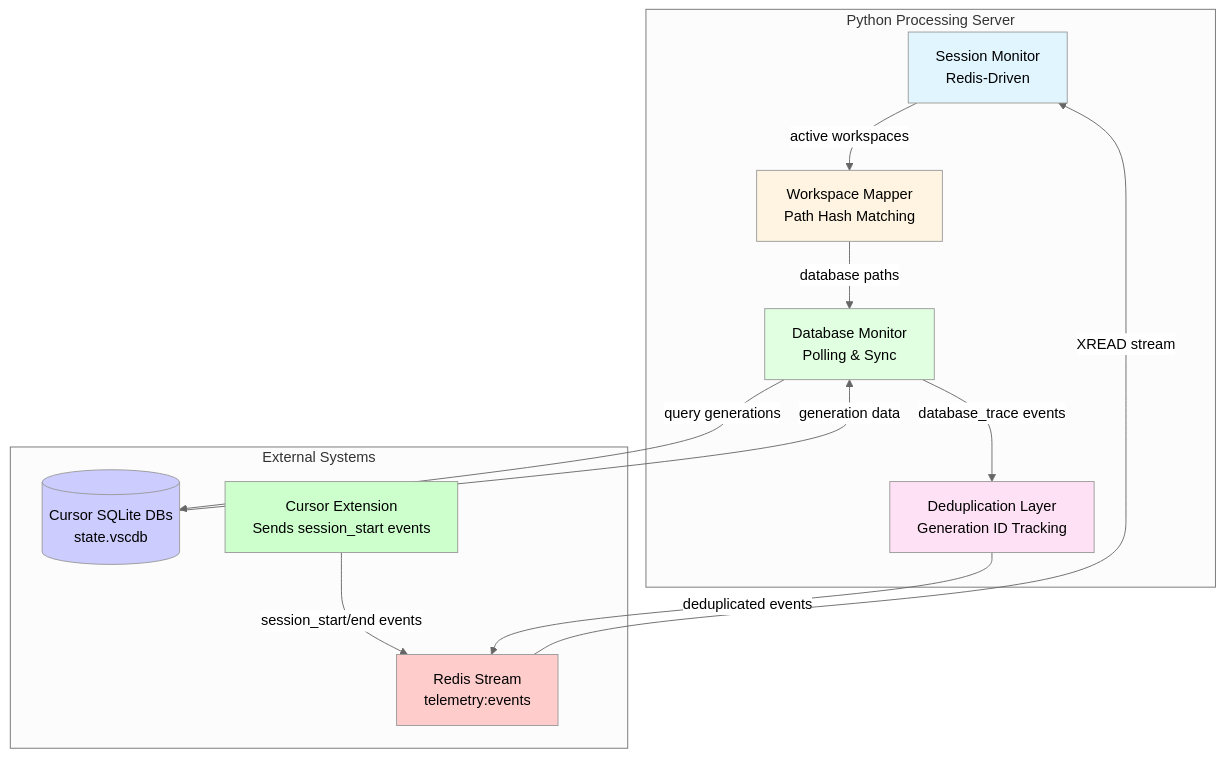
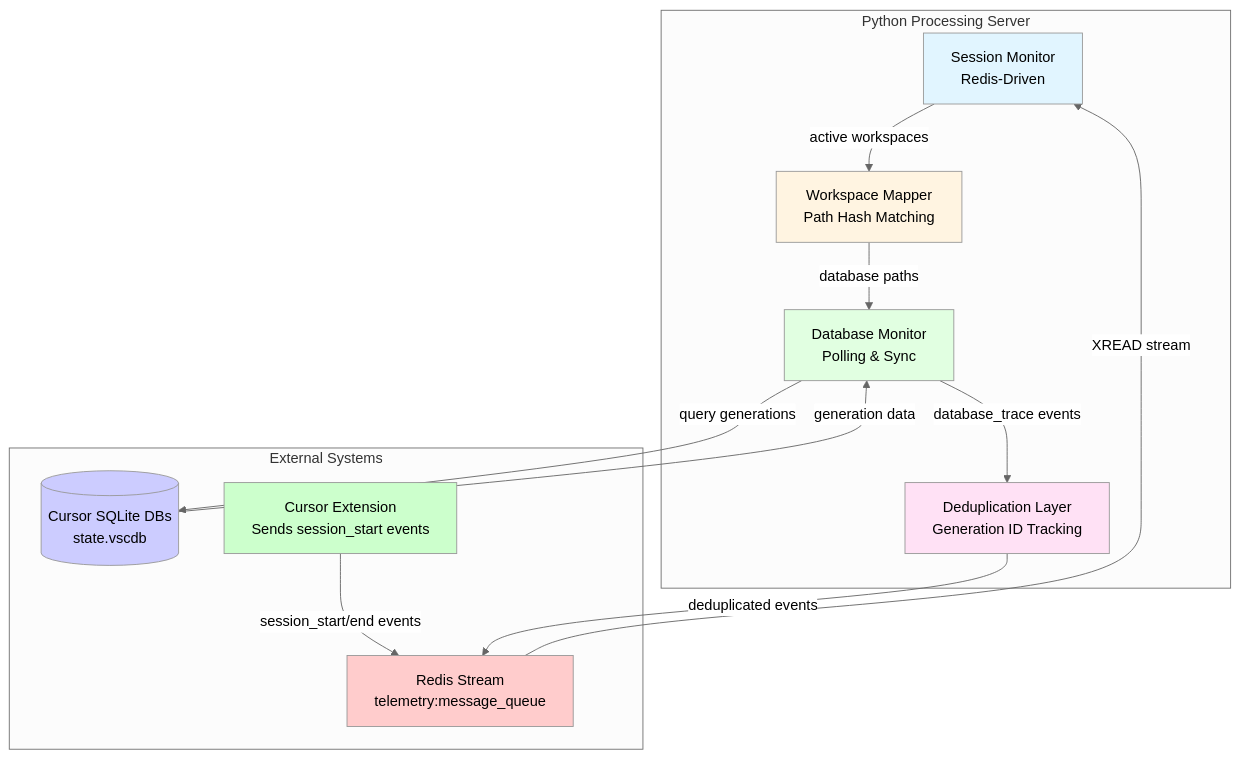
One commit to blueplane-ai/bp-telemetry-core changed the diagram in docs/DATABASE_MONITOR_REFACTOR.md. Above: the diagram before and after it, drawn with Mermaid (neutral theme). The commit also changed other lines of this file and 30 other files, not shown here.

First line of the commit message:
docs: Update all telemetry:events references to telemetry:message_queue

````diff
--- a/docs/DATABASE_MONITOR_REFACTOR.md
+++ b/docs/DATABASE_MONITOR_REFACTOR.md
@@ -26,32 +26,32 @@
 ```mermaid
 graph TB
     subgraph "Python Processing Server"
         SM[Session Monitor<br/>Redis-Driven]
         WM[Workspace Mapper<br/>Path Hash Matching]
         DM[Database Monitor<br/>Polling & Sync]
         DL[Deduplication Layer<br/>Generation ID Tracking]
     end
 
     subgraph "External Systems"
-        RedisStream[Redis Stream<br/>telemetry:events]
+        RedisStream[Redis Stream<br/>telemetry:message_queue]
         CursorDB[(Cursor SQLite DBs<br/>state.vscdb)]
         Extension[Cursor Extension<br/>Sends session_start events]
     end
 
     Extension -->|session_start/end events| RedisStream
     RedisStream -->|XREAD stream| SM
     SM -->|active workspaces| WM
     WM -->|database paths| DM
     DM -->|query generations| CursorDB
     CursorDB -->|generation data| DM
     DM -->|database_trace events| DL
     DL -->|deduplicated events| RedisStream
 
     style SM fill:#e1f5ff
     style WM fill:#fff4e1
     style DM fill:#e1ffe1
     style DL fill:#ffe1f5
     style RedisStream fill:#ffcccc
     style CursorDB fill:#ccccff
     style Extension fill:#ccffcc
 ```
````
